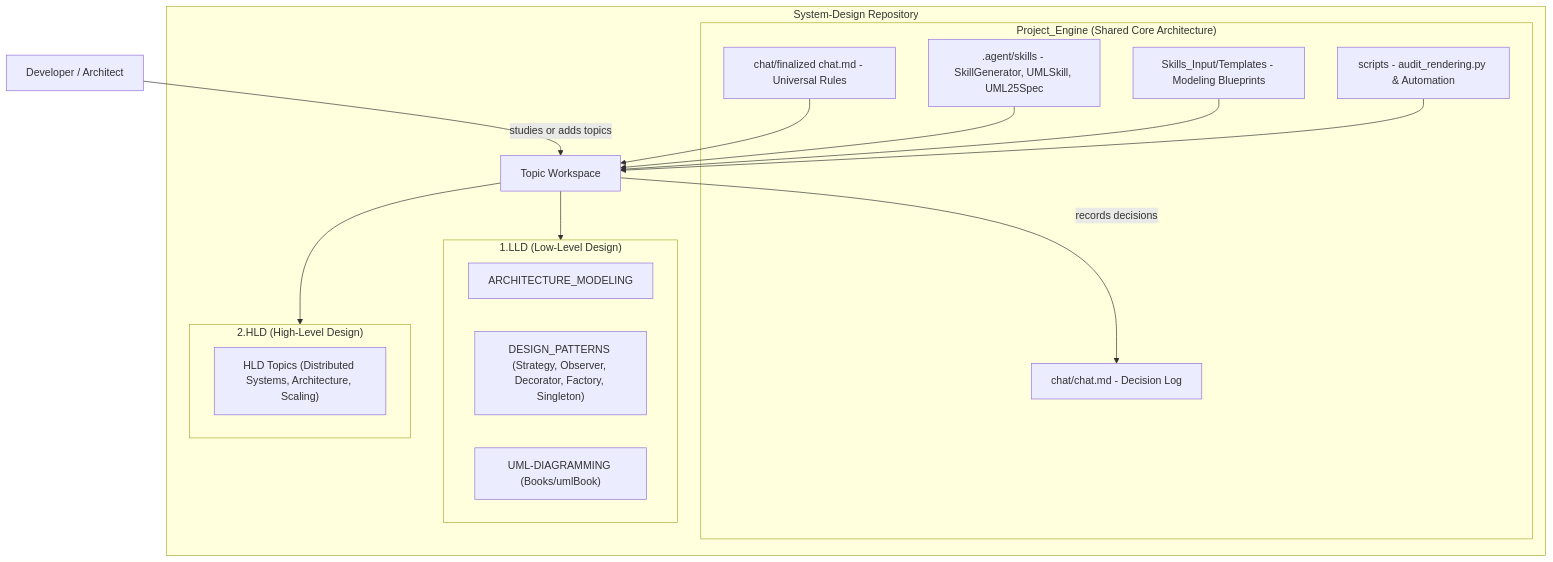
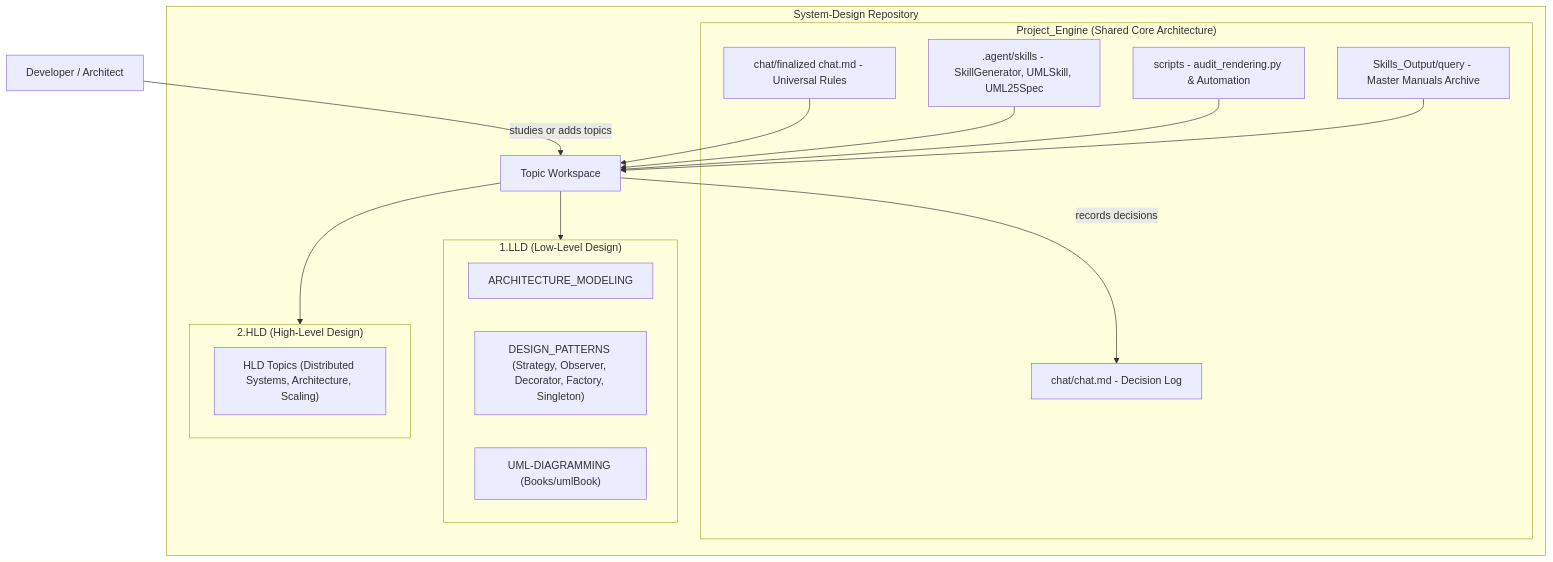
Before and after one commit to AkmKawser/System-Design: the first of 2 diagrams in README.md, drawn with Mermaid. The commit also changed other lines of this file and 1 other file, not shown here.

Commit message:
docs: update root README.md architecture diagram and directory tree to reflect lean Project_Engine and expanded 1.LLD

````diff
--- a/README.md
+++ b/README.md
@@ -11,29 +11,29 @@
 ```mermaid
 flowchart TD
     USER["Developer / Architect"] -->|"studies or adds topics"| TOPIC
     subgraph REPO["System-Design Repository"]
         subgraph ENGINE["Project_Engine (Shared Core Architecture)"]
             RULES["chat/finalized chat.md - Universal Rules"]
             SKILLS[".agent/skills - SkillGenerator, UMLSkill, UML25Spec"]
-            TEMPL["Skills_Input/Templates - Modeling Blueprints"]
             TOOLS["scripts - audit_rendering.py & Automation"]
+            OUT["Skills_Output/query - Master Manuals Archive"]
             LOG["chat/chat.md - Decision Log"]
         end
         subgraph LLD["1.LLD (Low-Level Design)"]
             AM["ARCHITECTURE_MODELING"]
             DP["DESIGN_PATTERNS (Strategy, Observer, Decorator, Factory, Singleton)"]
             UD["UML-DIAGRAMMING (Books/umlBook)"]
         end
         subgraph HLD["2.HLD (High-Level Design)"]
             HN["HLD Topics (Distributed Systems, Architecture, Scaling)"]
         end
         TOPIC["Topic Workspace"]
     end
     RULES --> TOPIC
     SKILLS --> TOPIC
-    TEMPL --> TOPIC
     TOOLS --> TOPIC
+    OUT --> TOPIC
     TOPIC --> LLD
     TOPIC --> HLD
     TOPIC -->|"records decisions"| LOG
 ```
````
